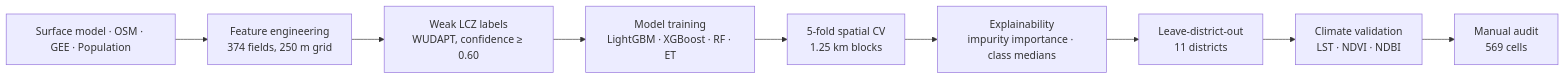
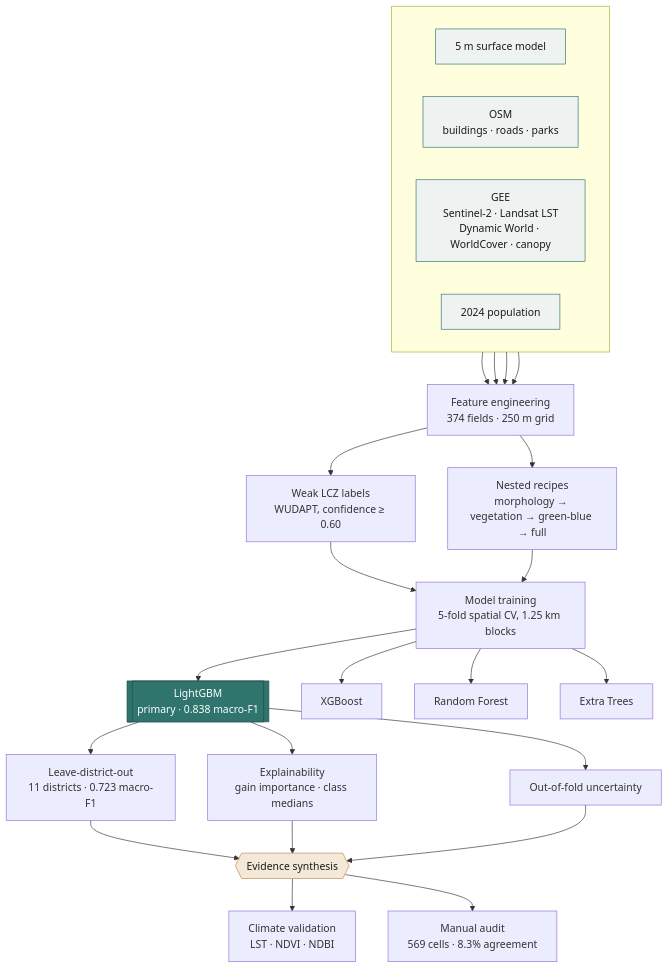
Before and after one commit to YusufEminoglu/climorfa: the diagram in README.md, drawn with Mermaid.

Commit message:
Redesign analytical chain diagram as a branching flowchart
Replace the linear left-to-right chain with a diagram that reflects the
actual pipeline structure: parallel data sources, parallel model families,
and parallel evaluation branches converging into an evidence synthesis
node.

````diff
--- a/README.md
+++ b/README.md
@@ -27,11 +27,47 @@
 ```mermaid
-flowchart LR
-    A[Surface model · OSM · GEE · Population] --> B[Feature engineering<br/>374 fields, 250 m grid]
-    B --> C[Weak LCZ labels<br/>WUDAPT, confidence ≥ 0.60]
-    C --> D[Model training<br/>LightGBM · XGBoost · RF · ET]
-    D --> E[5-fold spatial CV<br/>1.25 km blocks]
-    E --> F[Explainability<br/>impurity importance · class medians]
-    F --> G[Leave-district-out<br/>11 districts]
-    G --> H[Climate validation<br/>LST · NDVI · NDBI]
-    H --> I[Manual audit<br/>569 cells]
+flowchart TD
+    subgraph SRC[" "]
+        direction LR
+        S1[5 m surface model]
+        S2[OSM<br/>buildings · roads · parks]
+        S3[GEE<br/>Sentinel-2 · Landsat LST<br/>Dynamic World · WorldCover · canopy]
+        S4[2024 population]
+    end
+
+    S1 --> FE
+    S2 --> FE
+    S3 --> FE
+    S4 --> FE
+
+    FE[Feature engineering<br/>374 fields · 250 m grid]
+    FE --> LAB[Weak LCZ labels<br/>WUDAPT, confidence ≥ 0.60]
+    FE --> REC[Nested recipes<br/>morphology → vegetation → green-blue → full]
+
+    LAB --> TRAIN
+    REC --> TRAIN
+    TRAIN[Model training<br/>5-fold spatial CV, 1.25 km blocks]
+
+    TRAIN --> M1[["LightGBM<br/>primary · 0.838 macro-F1"]]
+    TRAIN --> M2[XGBoost]
+    TRAIN --> M3[Random Forest]
+    TRAIN --> M4[Extra Trees]
+
+    M1 --> LODO[Leave-district-out<br/>11 districts · 0.723 macro-F1]
+    M1 --> XAI[Explainability<br/>gain importance · class medians]
+    M1 --> UNC[Out-of-fold uncertainty]
+
+    LODO --> SYN
+    XAI --> SYN
+    UNC --> SYN
+    SYN{{Evidence synthesis}}
+
+    SYN --> CLIM[Climate validation<br/>LST · NDVI · NDBI]
+    SYN --> AUDIT[Manual audit<br/>569 cells · 8.3% agreement]
+
+    classDef source fill:#eef3f2,stroke:#2F756E,color:#1a1a1a;
+    classDef primary fill:#2F756E,stroke:#1a4a44,color:#fff;
+    classDef synth fill:#f4e9d8,stroke:#b8894a,color:#1a1a1a;
+    class S1,S2,S3,S4 source;
+    class M1 primary;
+    class SYN synth;
 ```
````
